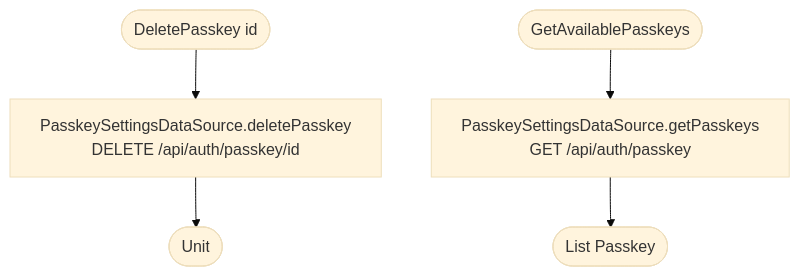
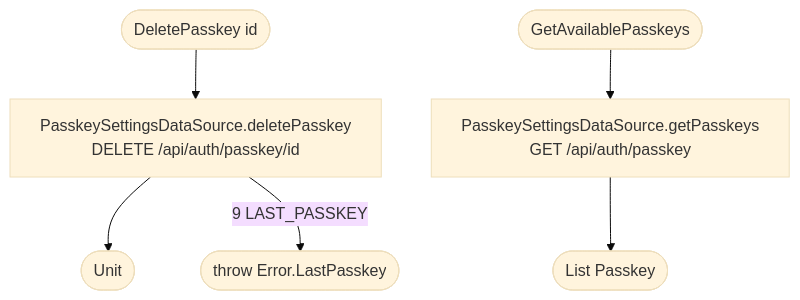
One commit to nocturneproperties/bookkme-client changed the diagram in docs/operations/settings/delete-passkey.md. Above: the diagram before and after it, drawn with Mermaid (base theme). The commit also changed other lines of this file and 223 other files, not shown here.

````diff
--- a/docs/operations/settings/delete-passkey.md
+++ b/docs/operations/settings/delete-passkey.md
@@ -10,5 +10,6 @@
 ```mermaid
 flowchart TD
     D([DeletePasskey id]) --> DN[PasskeySettingsDataSource.deletePasskey<br/>DELETE /api/auth/passkey/id] --> DR([Unit])
+    DN -- 9 LAST_PASSKEY --> Last([throw Error.LastPasskey])
     G([GetAvailablePasskeys]) --> GN[PasskeySettingsDataSource.getPasskeys<br/>GET /api/auth/passkey] --> GR([List Passkey])
 ```
````
